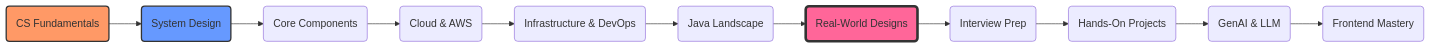
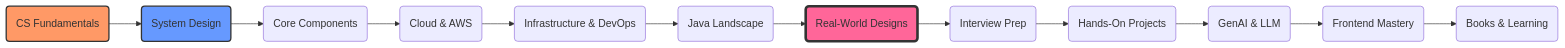
Before and after one commit to samargupta096/software-engineering: the diagram in README.md, drawn with Mermaid. The commit also changed other lines of this file and 39 other files, not shown here.

````diff
--- a/README.md
+++ b/README.md
@@ -11,17 +11,18 @@
 ```mermaid
 flowchart LR
     CS(CS Fundamentals) --> SD(System Design)
     SD --> CC(Core Components)
     CC --> CA(Cloud & AWS)
     CA --> ID(Infrastructure & DevOps)
     ID --> JL(Java Landscape)
     JL --> RW(Real-World Designs)
     RW --> IP(Interview Prep)
     IP --> HP(Hands-On Projects)
     HP --> GA(GenAI & LLM)
     GA --> FM(Frontend Mastery)
+    FM --> BK(Books & Learning)
 
     style CS fill:#f96,stroke:#333,stroke-width:2px
     style SD fill:#69f,stroke:#333,stroke-width:2px
     style RW fill:#f69,stroke:#333,stroke-width:4px
 ```
````
